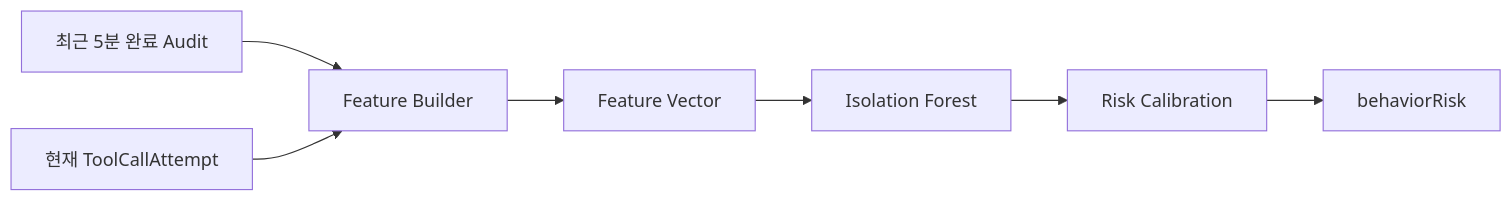
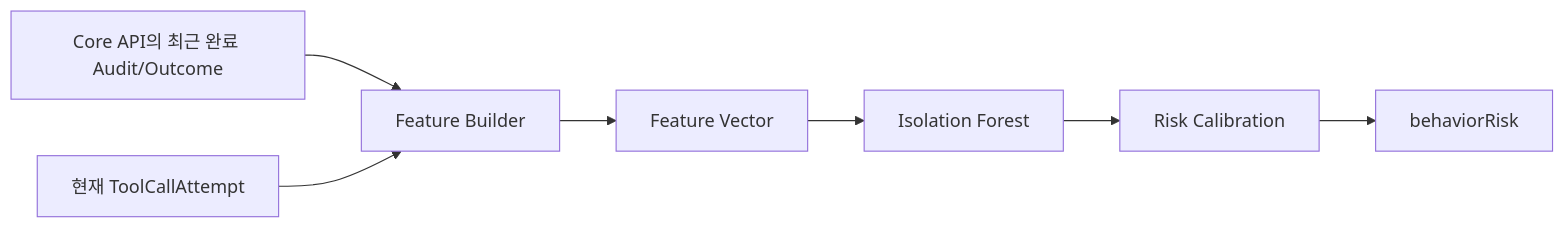
The diagram in docs/03-ai-spec.md (FinGuardName/FinBound), drawn with Mermaid before and after one commit. The commit also changed other lines of this file and 23 other files, not shown here.

````diff
--- a/docs/03-ai-spec.md
+++ b/docs/03-ai-spec.md
@@ -314,9 +338,9 @@
 ```mermaid
 flowchart LR
-    HIST[최근 5분 완료 Audit] --> FB[Feature Builder]
+    HIST[Core API의 최근 완료 Audit/Outcome] --> FB[Feature Builder]
     ATT[현재 ToolCallAttempt] --> FB
     FB --> FV[Feature Vector]
     FV --> IF[Isolation Forest]
     IF --> CAL[Risk Calibration]
     CAL --> RISK[behaviorRisk]
 ```
````
